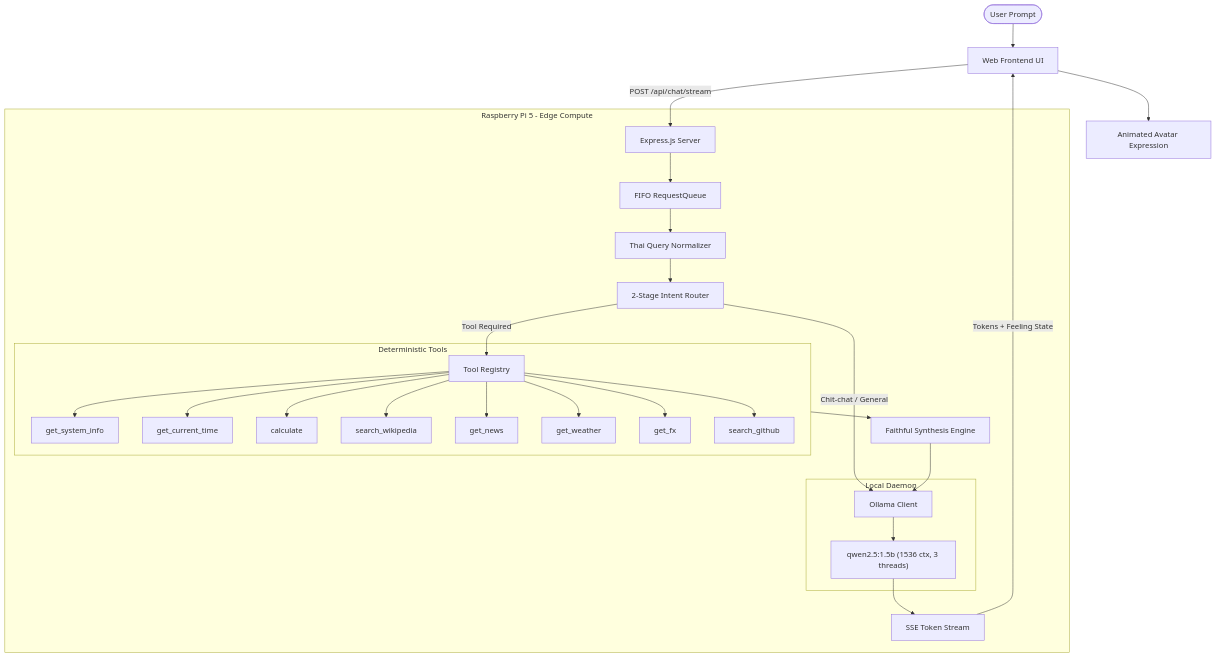
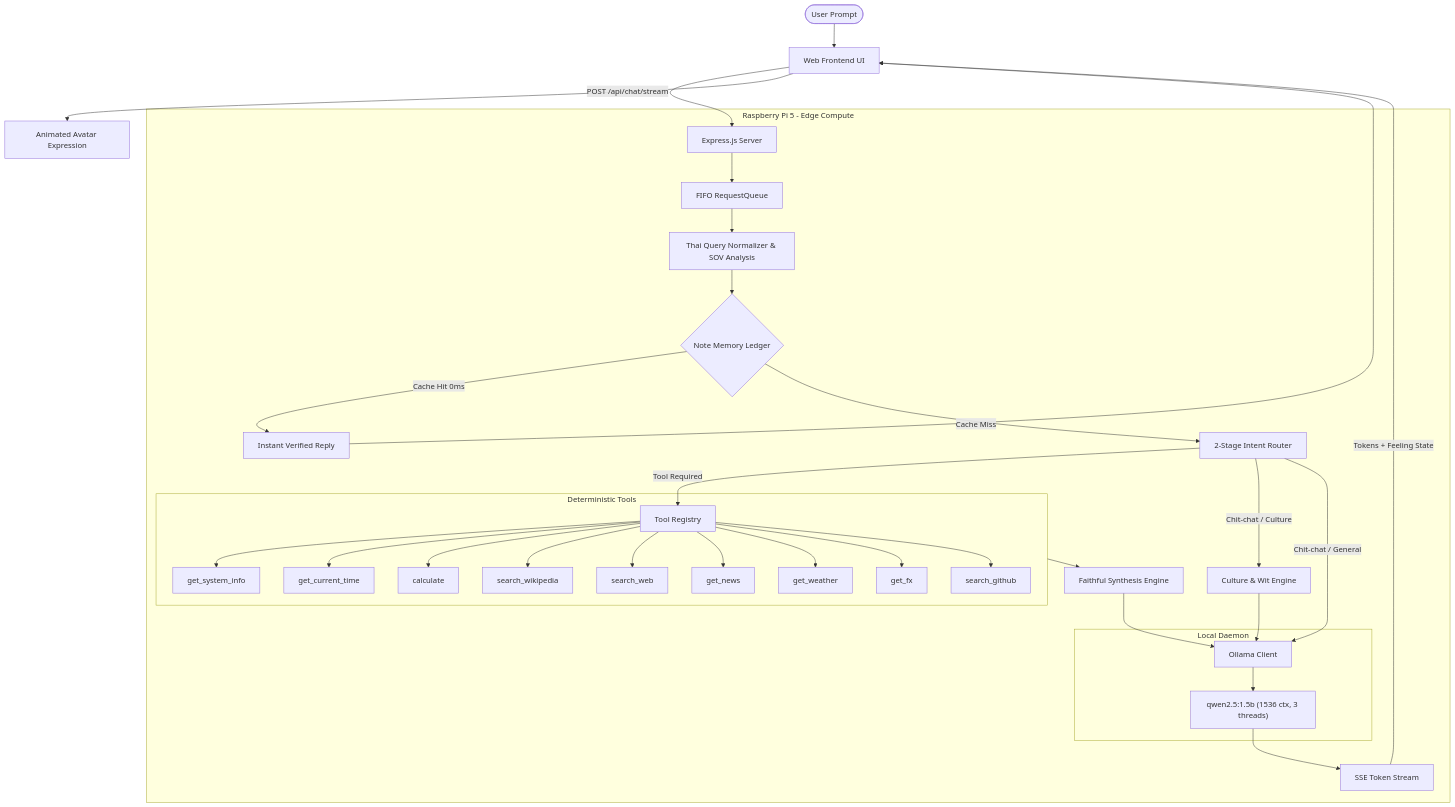
The diagram in README.md (Yeennawa/Local-AI-Agent), drawn with Mermaid before and after one commit. The commit also changed other lines of this file and 10 other files, not shown here.

Commit message:
feat: implement smart query preservation, note memory ledger, web search, and cultural intelligence (phases 23-27)

````diff
--- a/README.md
+++ b/README.md
@@ -72,37 +81,43 @@
 ```mermaid
 flowchart TD
     User([User Prompt]) --> Client[Web Frontend UI]
     Client -->|POST /api/chat/stream| Server[Express.js Server]
     
     subgraph Edge_Hardware [Raspberry Pi 5 - Edge Compute]
         Server --> Queue[FIFO RequestQueue]
-        Queue --> Normalizer[Thai Query Normalizer]
-        Normalizer --> Router[2-Stage Intent Router]
+        Queue --> Normalizer[Thai Query Normalizer & SOV Analysis]
+        Normalizer --> MemoryCheck{Note Memory Ledger}
+        MemoryCheck -->|Cache Hit 0ms| FastReply[Instant Verified Reply]
+        MemoryCheck -->|Cache Miss| Router[2-Stage Intent Router]
         
         Router -->|Tool Required| Registry[Tool Registry]
+        Router -->|Chit-chat / Culture| Culture[Culture & Wit Engine]
         Router -->|Chit-chat / General| OllamaClient[Ollama Client]
+        Culture --> OllamaClient
         
         subgraph Tool_Execution [Deterministic Tools]
             Registry --> SystemInfo[get_system_info]
             Registry --> Time[get_current_time]
             Registry --> Calc[calculate]
             Registry --> Wiki[search_wikipedia]
+            Registry --> Web[search_web]
             Registry --> News[get_news]
             Registry --> Weather[get_weather]
             Registry --> FX[get_fx]
             Registry --> GitHub[search_github]
         end
         
         Tool_Execution --> Synthesis[Faithful Synthesis Engine]
         Synthesis --> OllamaClient
         
         subgraph LLM_Runtime [Local Daemon]
             OllamaClient --> OllamaModel["qwen2.5:1.5b (1536 ctx, 3 threads)"]
         end
         
         OllamaModel --> TokenStream[SSE Token Stream]
     end
     
+    FastReply --> Client
     TokenStream -->|Tokens + Feeling State| Client
     Client --> Avatar[Animated Avatar Expression]
 ```
````
